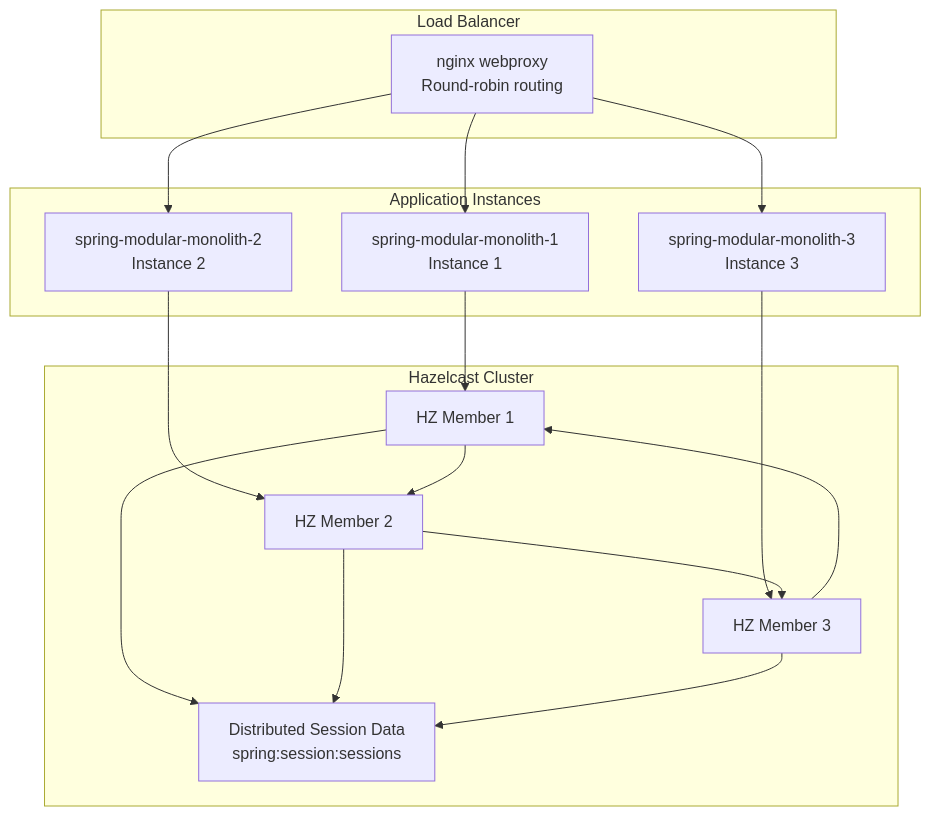
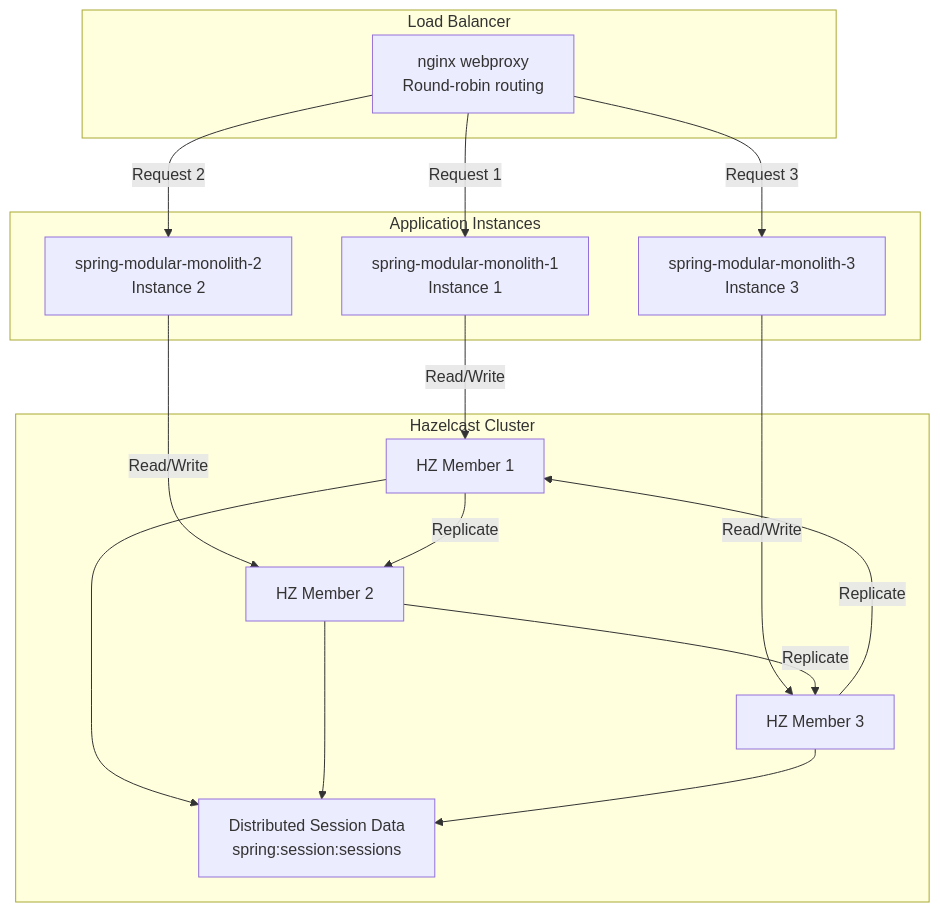
The fifth of 7 diagrams in docs/deepwiki/Session-Management-with-Hazelcast.md (philipz/spring-modular-monolith), drawn with Mermaid before and after one commit. The commit also changed other lines of this file and 55 other files, not shown here.

````diff
--- a/docs/deepwiki/Session-Management-with-Hazelcast.md
+++ b/docs/deepwiki/Session-Management-with-Hazelcast.md
@@ -279,42 +279,42 @@
 ```mermaid
 flowchart TD
 
 Nginx["nginx webproxy<br>Round-robin routing"]
 App1["spring-modular-monolith-1<br>Instance 1"]
 App2["spring-modular-monolith-2<br>Instance 2"]
 App3["spring-modular-monolith-3<br>Instance 3"]
 HZ1["HZ Member 1"]
 HZ2["HZ Member 2"]
 HZ3["HZ Member 3"]
 SessionData["Distributed Session Data<br>spring:session:sessions"]
 
-Nginx --> App1
-Nginx --> App2
-Nginx --> App3
-App1 --> HZ1
-App2 --> HZ2
-App3 --> HZ3
+Nginx -->|"Request 1"| App1
+Nginx -->|"Request 2"| App2
+Nginx -->|"Request 3"| App3
+App1 -->|"Read/Write"| HZ1
+App2 -->|"Read/Write"| HZ2
+App3 -->|"Read/Write"| HZ3
 
 subgraph subGraph2 ["Hazelcast Cluster"]
     HZ1
     HZ2
     HZ3
     SessionData
-    HZ1 --> HZ2
-    HZ2 --> HZ3
-    HZ3 --> HZ1
+    HZ1 -->|"Replicate"| HZ2
+    HZ2 -->|"Replicate"| HZ3
+    HZ3 -->|"Replicate"| HZ1
     HZ1 --> SessionData
     HZ2 --> SessionData
     HZ3 --> SessionData
 end
 
 subgraph subGraph1 ["Application Instances"]
     App1
     App2
     App3
 end
 
 subgraph subGraph0 ["Load Balancer"]
     Nginx
 end
 ```
````
